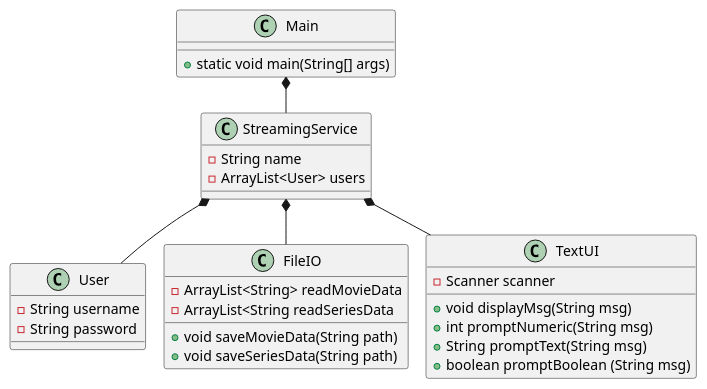
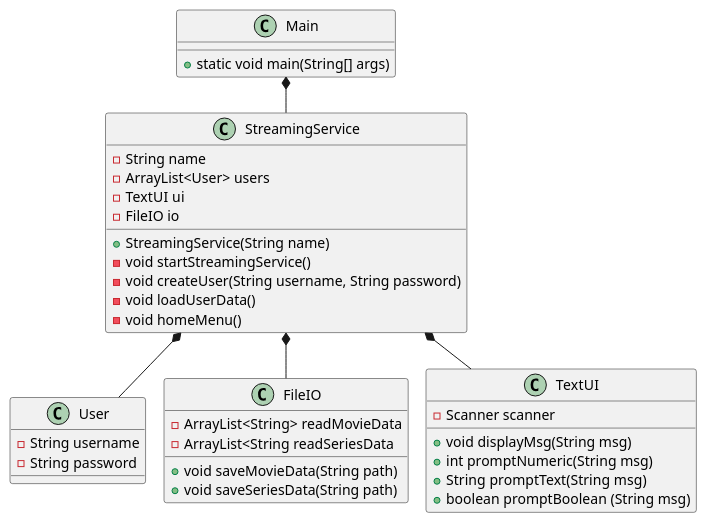
One commit to EmilDagsberg/SP3 changed the diagram in doc/classdiagram/classdiagram_v1.puml. Above: the diagram before and after it, drawn with PlantUML.

Commit message:
Changes by emild

```diff
--- a/doc/classdiagram/classdiagram_v1.puml
+++ b/doc/classdiagram/classdiagram_v1.puml
@@ -1,42 +1,49 @@
 @startuml
 !pragma layout smetana
 
 class Main {
 + static void main(String[] args)
 }
 
 class StreamingService{
 - String name
 - ArrayList<User> users
+- TextUI ui
+- FileIO io
++ StreamingService(String name)
+- void startStreamingService()
+- void createUser(String username, String password)
+- void loadUserData()
+- void homeMenu()
 }
 
 class User {
 - String username
 - String password
 }
 
 
 
 
 
 class FileIO {
 - ArrayList<String> readMovieData
 - ArrayList<String readSeriesData
 + void saveMovieData(String path)
 + void saveSeriesData(String path)
 }
 
 class TextUI {
 - Scanner scanner
 + void displayMsg(String msg)
 + int promptNumeric(String msg)
 + String promptText(String msg)
 + boolean promptBoolean (String msg)
 }
 
 Main *-- StreamingService
 StreamingService *-- User
 StreamingService *-- FileIO
 StreamingService *-- TextUI
 
 @enduml
```
